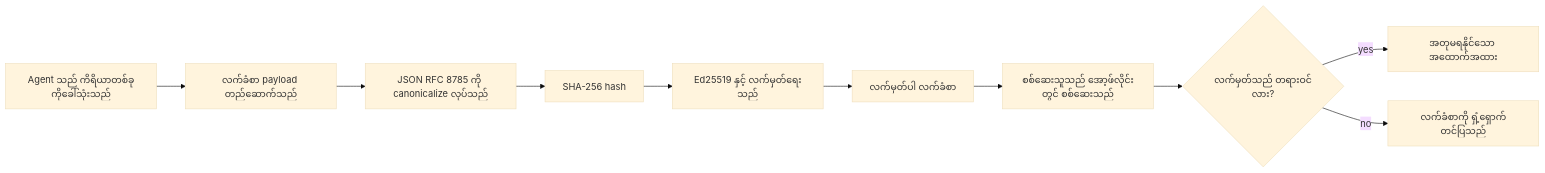
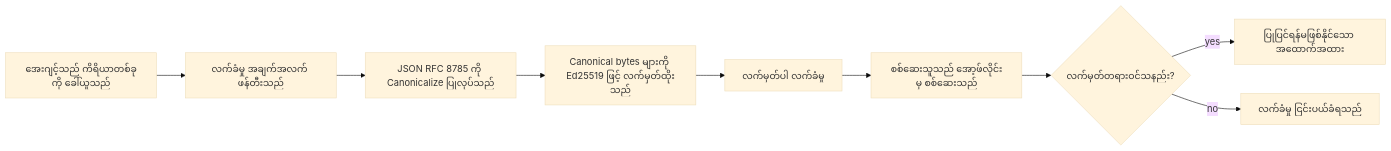
The first of 2 diagrams in mirrors/repos/microsoft@ai-agents-for-beginners/translations/my/18-securing-ai-agents/README.md (gabrielmoreira/agent-skills-mirror), drawn with Mermaid (base theme) before and after one commit. The commit also changed other lines of this file and 4262 other files, not shown here.

````diff
--- a/mirrors/repos/microsoft@ai-agents-for-beginners/translations/my/18-securing-ai-agents/README.md
+++ b/mirrors/repos/microsoft@ai-agents-for-beginners/translations/my/18-securing-ai-agents/README.md
@@ -51,12 +51,11 @@
 ```mermaid
 flowchart LR
-    A[Agent သည် ကိရိယာတစ်ခုကိုခေါ်သုံးသည်] --> B[လက်ခံစာ payload တည်ဆောက်သည်]
-    B --> C[JSON RFC 8785 ကို canonicalize လုပ်သည်]
-    C --> D[SHA-256 hash]
-    D --> E[Ed25519 နှင့် လက်မှတ်ရေးသည်]
-    E --> F[လက်မှတ်ပါ လက်ခံစာ]
-    F --> G[စစ်ဆေးသူသည် အော့ဖ်လိုင်းတွင် စစ်ဆေးသည်]
-    G --> H{လက်မှတ်သည် တရားဝင်လား?}
-    H -- yes --> I[အတုမရနိုင်သော အထောက်အထား]
-    H -- no --> J[လက်ခံစာကို ရှံ့ရှောက်တင်ပြသည်]
+    A[အေးဂျင့်သည် ကိရိယာတစ်ခုကို ခေါ်ယူသည်] --> B[လက်ခံမှု အချက်အလက် ဖန်တီးသည်]
+    B --> C[JSON RFC 8785 ကို Canonicalize ပြုလုပ်သည်]
+    C --> E[Canonical bytes များကို Ed25519 ဖြင့် လက်မှတ်ထိုးသည်]
+    E --> F[လက်မှတ်ပါ လက်ခံမှု]
+    F --> G[စစ်ဆေးသူသည် အော့ဖ်လိုင်းမှ စစ်ဆေးသည်]
+    G --> H{လက်မှတ်တရားဝင်သနည်း?}
+    H -- yes --> I[ပြုပြင်ရန်မဖြစ်နိုင်သော အထောက်အထား]
+    H -- no --> J[လက်ခံမှု ငြင်းပယ်ခံရသည်]
 ```
````
